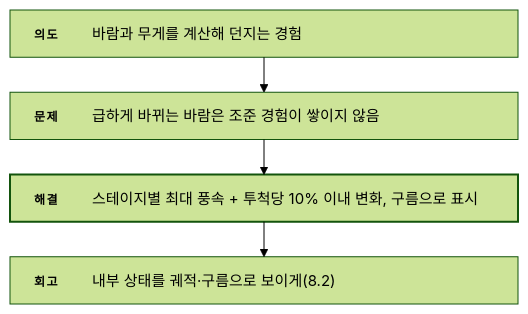
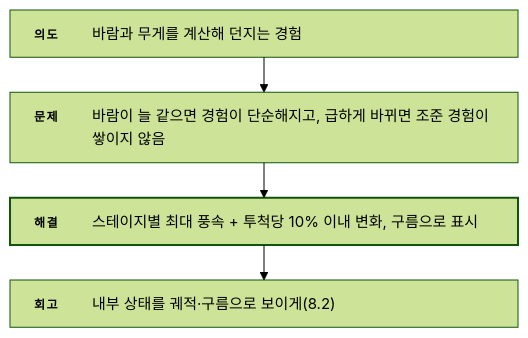
The fourth of 7 diagrams in src/2-project-babel/기술문서.md (ashadeveloperr/ashadeveloperr.github.io), drawn with Mermaid (forest theme) before and after one commit. The commit also changed other lines of this file and 5 other files, not shown here.

````diff
--- a/src/2-project-babel/기술문서.md
+++ b/src/2-project-babel/기술문서.md
@@ -222,18 +222,18 @@
 ```mermaid
 ---
 config:
   layout: elk
   flowchart:
     wrappingWidth: 520
     padding: 12
 ---
 flowchart TB
   %% feature-flow — _local/flow-diagrams.py가 만듦
   I["<div style='width:460px;display:flex;gap:14px;align-items:baseline;text-align:left;white-space:normal'><span style='flex:0 0 44px;padding-top:2px;font-size:12px;font-weight:700;letter-spacing:.12em;color:var(--accent-ink)'>의도</span><span style='flex:1;font-size:15px;line-height:1.55;color:var(--ink)'>바람과 무게를 계산해 던지는 경험</span></div>"]
-  P["<div style='width:460px;display:flex;gap:14px;align-items:baseline;text-align:left;white-space:normal'><span style='flex:0 0 44px;padding-top:2px;font-size:12px;font-weight:700;letter-spacing:.12em;color:var(--accent-ink)'>문제</span><span style='flex:1;font-size:15px;line-height:1.55;color:var(--ink)'>급하게 바뀌는 바람은 조준 경험이 쌓이지 않음</span></div>"]
+  P["<div style='width:460px;display:flex;gap:14px;align-items:baseline;text-align:left;white-space:normal'><span style='flex:0 0 44px;padding-top:2px;font-size:12px;font-weight:700;letter-spacing:.12em;color:var(--accent-ink)'>문제</span><span style='flex:1;font-size:15px;line-height:1.55;color:var(--ink)'>바람이 늘 같으면 경험이 단순해지고, 급하게 바뀌면 조준 경험이 쌓이지 않음</span></div>"]
   S["<div style='width:460px;display:flex;gap:14px;align-items:baseline;text-align:left;white-space:normal'><span style='flex:0 0 44px;padding-top:2px;font-size:12px;font-weight:700;letter-spacing:.12em;color:var(--accent-ink)'>해결</span><span style='flex:1;font-size:15px;line-height:1.55;color:var(--ink)'>스테이지별 최대 풍속 + 투척당 10% 이내 변화, 구름으로 표시</span></div>"]
   R["<div style='width:460px;display:flex;gap:14px;align-items:baseline;text-align:left;white-space:normal'><span style='flex:0 0 44px;padding-top:2px;font-size:12px;font-weight:700;letter-spacing:.12em;color:var(--accent-ink)'>회고</span><span style='flex:1;font-size:15px;line-height:1.55;color:var(--ink)'>내부 상태를 궤적·구름으로 보이게(8.2)</span></div>"]
   I --> P --> S --> R
   classDef key stroke-width:2px
   class S key
 ```
````
